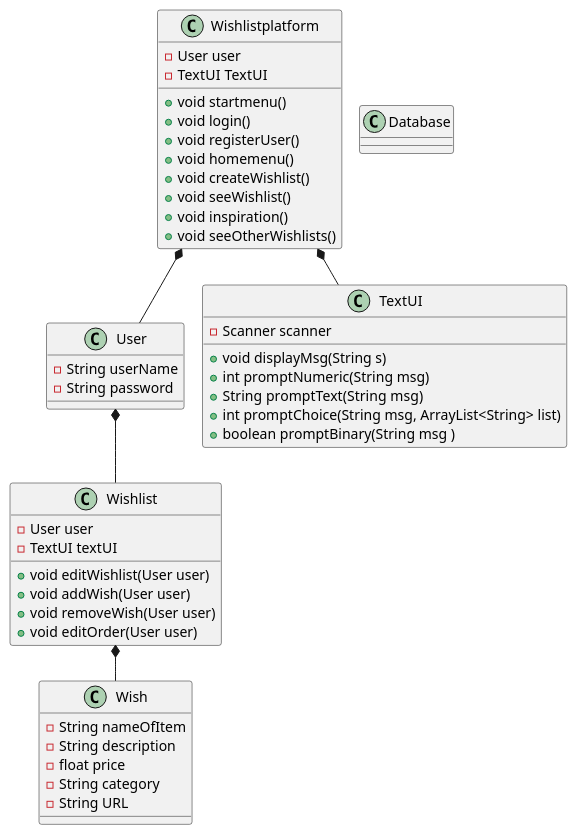
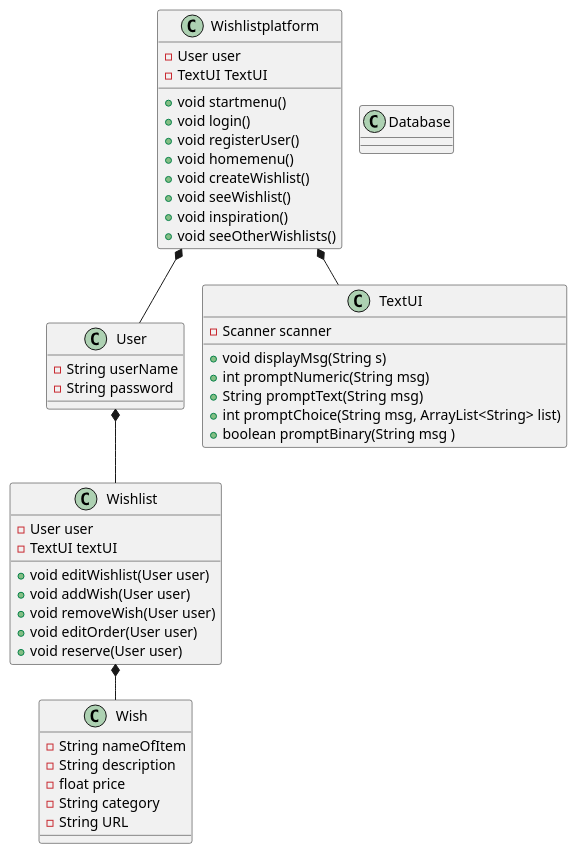
Before and after one commit to miekgram/Wishlist: the diagram in doc/Klassediagram.puml, drawn with PlantUML.

```diff
--- a/doc/Klassediagram.puml
+++ b/doc/Klassediagram.puml
@@ -1,57 +1,58 @@
 @startuml
 'https://plantuml.com/class-diagram
 !pragma layout smetana
 
 class Wishlistplatform {
 - User user
 - TextUI TextUI
 + void startmenu()
 + void login()
 + void registerUser()
 + void homemenu()
 + void createWishlist()
 + void seeWishlist()
 + void inspiration()
 + void seeOtherWishlists()
 }
 class User{
 -String userName
 -String password
 }
 class Wishlist{
 - User user
 - TextUI textUI
 + void editWishlist(User user)
 + void addWish(User user)
 + void removeWish(User user)
 + void editOrder(User user)
++ void reserve(User user)
 }
 class Wish{
 - String nameOfItem
 - String description
 - float price
 - String category
 - String URL
 }
 class TextUI{
 -Scanner scanner
 + void displayMsg(String s)
 + int promptNumeric(String msg)
 + String promptText(String msg)
 + int promptChoice(String msg, ArrayList<String> list)
 + boolean promptBinary(String msg )
 }
 class Database{
 }
 
 Wishlistplatform *-- User
 Wishlistplatform *-- TextUI
 User *-- Wishlist
 Wishlist *-- Wish
 
 
 
 
 }
 
 @enduml
```
